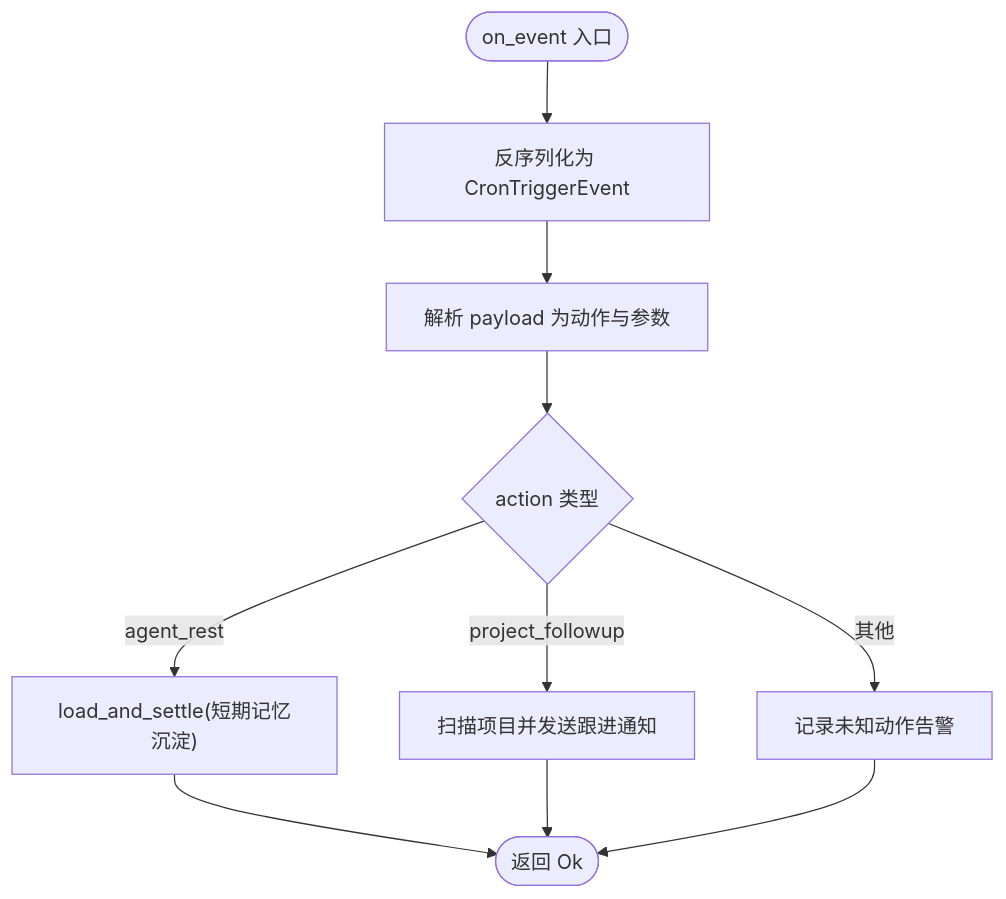
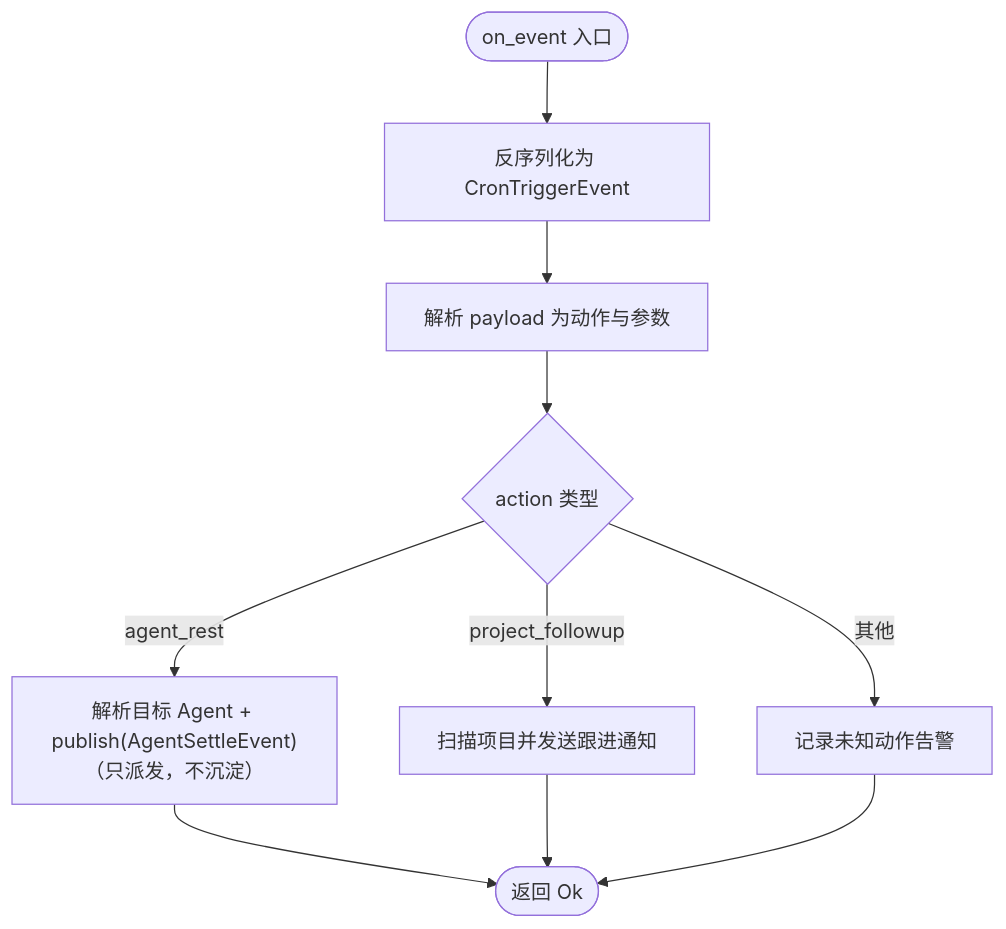
One commit to runningcoders/ai_orz changed the third of 5 diagrams in docs/wiki/zh/content/基础设施/AOP 事件系统/事件消费者/调度器消费者.md. Above: the diagram before and after it, drawn with Mermaid. The commit also changed other lines of this file and 2 other files, not shown here.

Commit message:
docs(wiki): 记忆沉淀机制/调度器消费者/沉淀知识卡 — 对齐 agent_settle 事件化

````diff
--- a/docs/wiki/zh/content/基础设施/AOP 事件系统/事件消费者/调度器消费者.md
+++ b/docs/wiki/zh/content/基础设施/AOP 事件系统/事件消费者/调度器消费者.md
@@ -142,12 +145,12 @@
 ```mermaid
 flowchart TD
 Start(["on_event 入口"]) --> ParseEvt["反序列化为 CronTriggerEvent"]
 ParseEvt --> ParsePayload["解析 payload 为动作与参数"]
 ParsePayload --> Action{"action 类型"}
-Action --> |agent_rest| DoRest["load_and_settle(短期记忆沉淀)"]
+Action --> |agent_rest| DoRest["解析目标 Agent + publish(AgentSettleEvent)（只派发，不沉淀）"]
 Action --> |project_followup| DoFollow["扫描项目并发送跟进通知"]
 Action --> |其他| Warn["记录未知动作告警"]
 DoRest --> End(["返回 Ok"])
 DoFollow --> End
 Warn --> End
 ```
````
